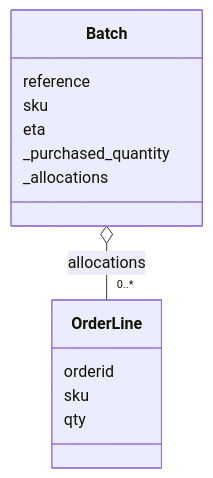
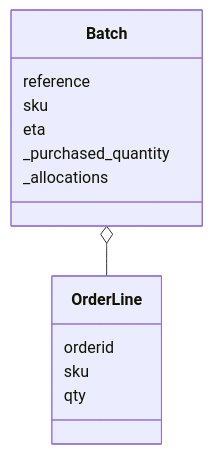
Before and after one commit to BenjaminGhiggo/aprendiendo-ddd-con-python-y-fastapi: the first of 2 diagrams in lecciones/06-clases-y-objetos/README.md, drawn with Mermaid. The commit also changed other lines of this file and 20 other files, not shown here.

````diff
--- a/lecciones/06-clases-y-objetos/README.md
+++ b/lecciones/06-clases-y-objetos/README.md
@@ -36,16 +324,16 @@
 ```mermaid
 classDiagram
     class Batch {
       reference
       sku
       eta
       _purchased_quantity
       _allocations
     }
     class OrderLine {
       orderid
       sku
       qty
     }
-    Batch o-- "0..*" OrderLine : allocations
+    Batch o-- OrderLine
 ```
````
